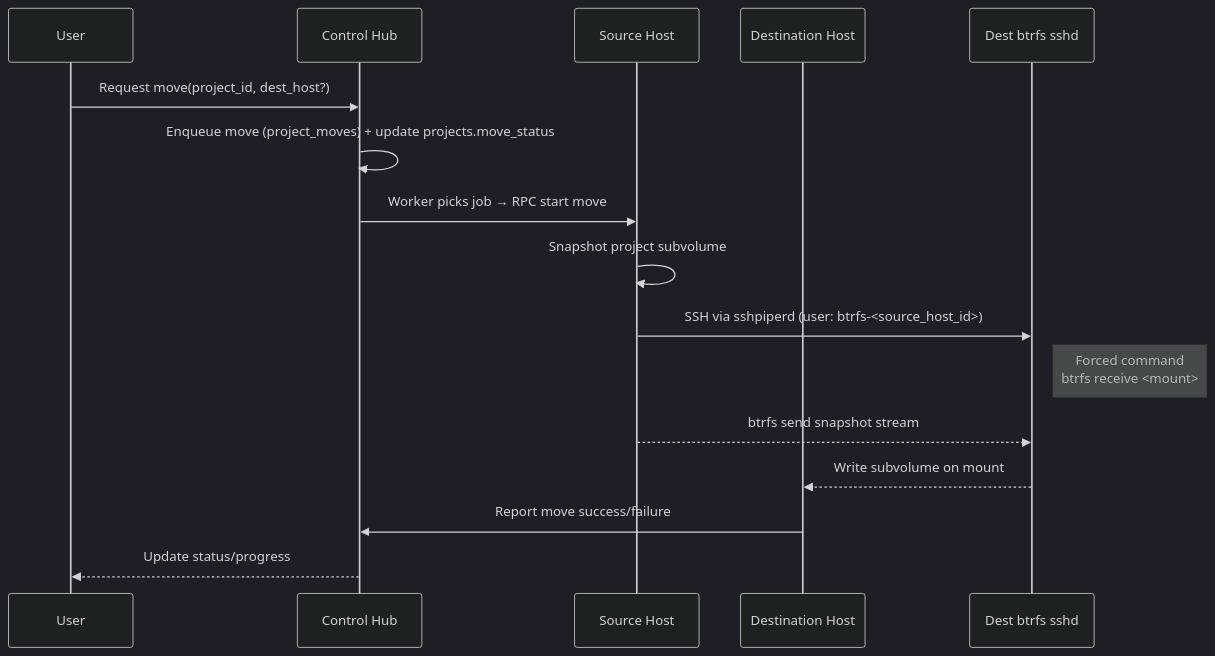
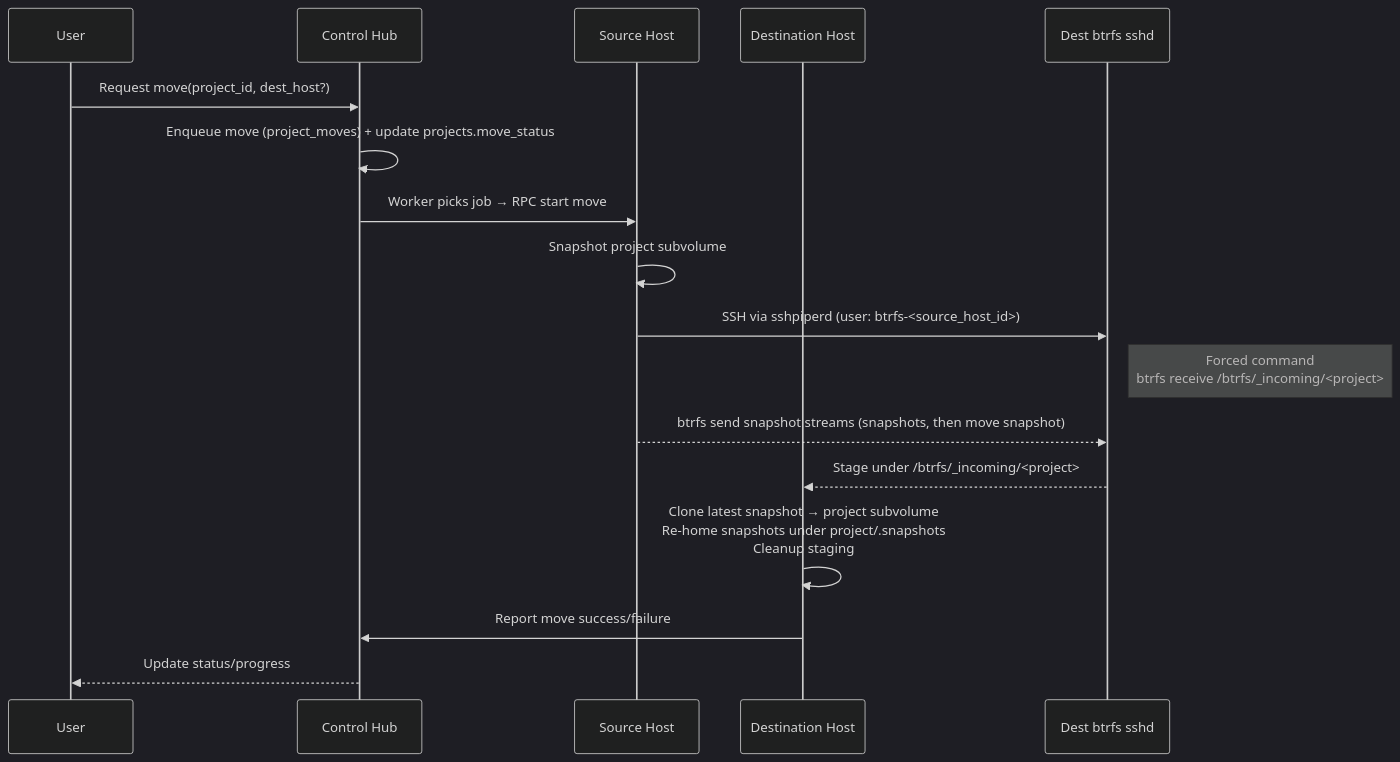
Before and after one commit to sagemathinc/cocalc: the first of 2 diagrams in docs/project-move.md, drawn with Mermaid (dark theme). The commit also changed other lines of this file and 2 other files, not shown here.

Commit message:
project move: full move project and snapshots -- it all works together

````diff
--- a/docs/project-move.md
+++ b/docs/project-move.md
@@ -5,19 +5,20 @@
 ```mermaid
 sequenceDiagram
     participant User
     participant Hub as Control Hub
     participant Src as Source Host
     participant Dest as Destination Host
     participant DestSSH as Dest btrfs sshd
 
     User->>Hub: Request move(project_id, dest_host?)
     Hub->>Hub: Enqueue move (project_moves) + update projects.move_status
     Hub->>Src: Worker picks job → RPC start move
     Src->>Src: Snapshot project subvolume
     Src->>DestSSH: SSH via sshpiperd (user: btrfs-<source_host_id>)
-    note right of DestSSH: Forced command<br/>btrfs receive <mount>
-    Src-->>DestSSH: btrfs send snapshot stream
-    DestSSH-->>Dest: Write subvolume on mount
+    note right of DestSSH: Forced command<br/>btrfs receive /btrfs/_incoming/<project>
+    Src-->>DestSSH: btrfs send snapshot streams (snapshots, then move snapshot)
+    DestSSH-->>Dest: Stage under /btrfs/_incoming/<project>
+    Dest->>Dest: Clone latest snapshot → project subvolume<br/>Re-home snapshots under project/.snapshots<br/>Cleanup staging
     Dest->>Hub: Report move success/failure
     Hub-->>User: Update status/progress
 ```
````
